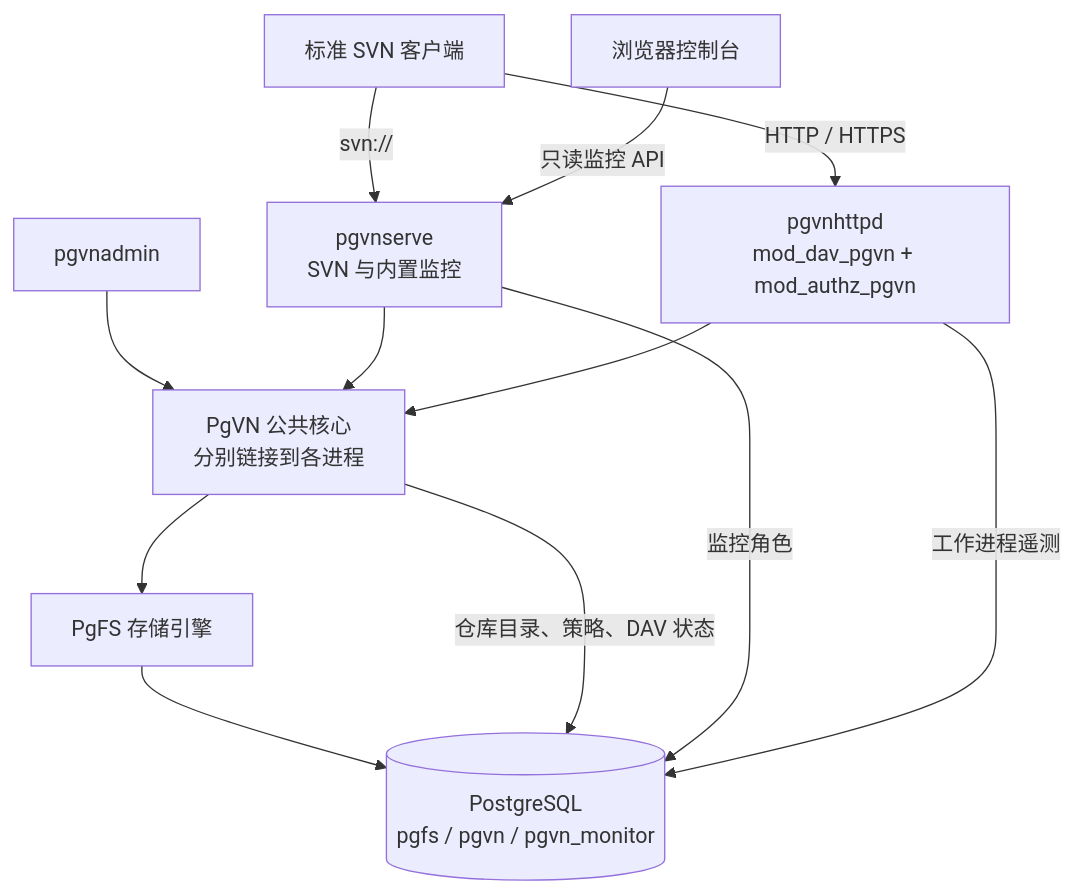
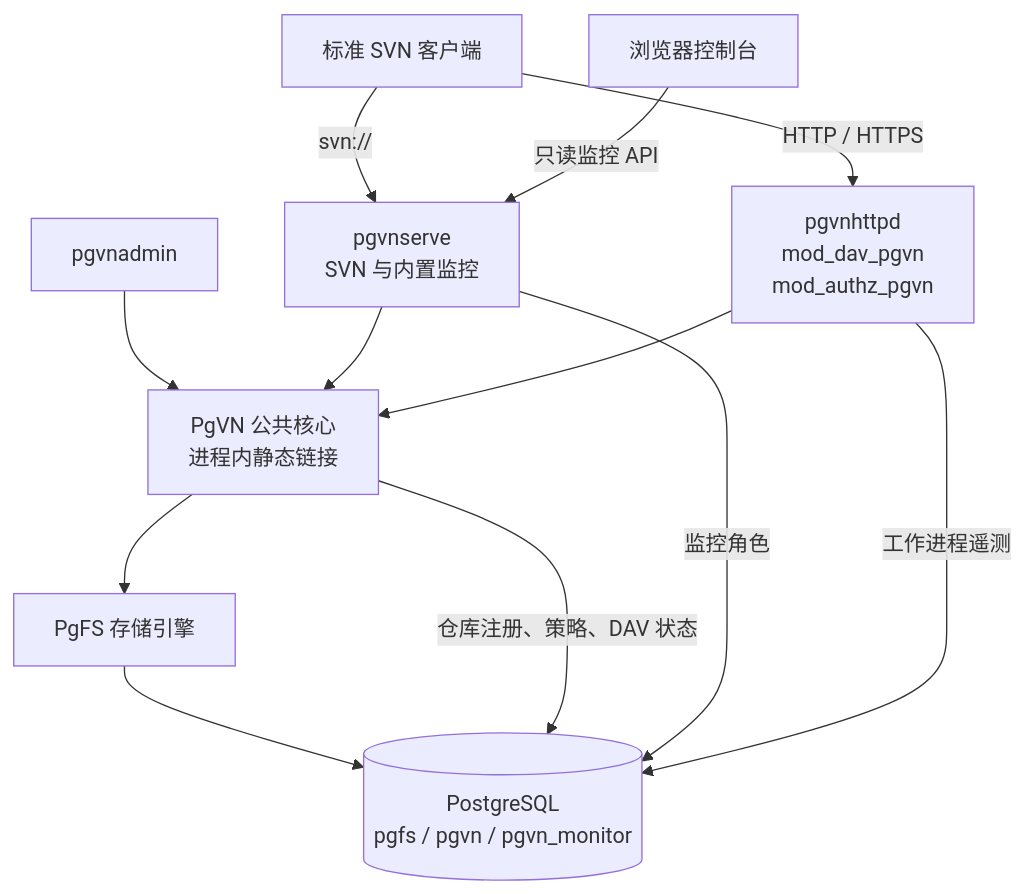
Before and after one commit to qistchan/pgvn: the diagram in README.zh-CN.md, drawn with Mermaid. The commit also changed other lines of this file and 1 other file, not shown here.

````diff
--- a/README.zh-CN.md
+++ b/README.zh-CN.md
@@ -69,14 +69,14 @@
 ```mermaid
 flowchart TB
     SVN["标准 SVN 客户端"] -->|"svn://"| SERVE["pgvnserve<br/>SVN 与内置监控"]
-    SVN -->|"HTTP / HTTPS"| DAV["pgvnhttpd<br/>mod_dav_pgvn + mod_authz_pgvn"]
+    SVN -->|"HTTP / HTTPS"| DAV["pgvnhttpd<br/>mod_dav_pgvn<br/>mod_authz_pgvn"]
     ADMIN["pgvnadmin"] --> CORE
-    SERVE --> CORE["PgVN 公共核心<br/>分别链接到各进程"]
+    SERVE --> CORE["PgVN 公共核心<br/>进程内静态链接"]
     DAV --> CORE
     CORE --> FS["PgFS 存储引擎"]
     FS --> PG[("PostgreSQL<br/>pgfs / pgvn / pgvn_monitor")]
-    CORE -->|"仓库目录、策略、DAV 状态"| PG
+    CORE -->|"仓库注册、策略、DAV 状态"| PG
     WEB["浏览器控制台"] -->|"只读监控 API"| SERVE
     SERVE -->|"监控角色"| PG
     DAV -->|"工作进程遥测"| PG
 ```
````
